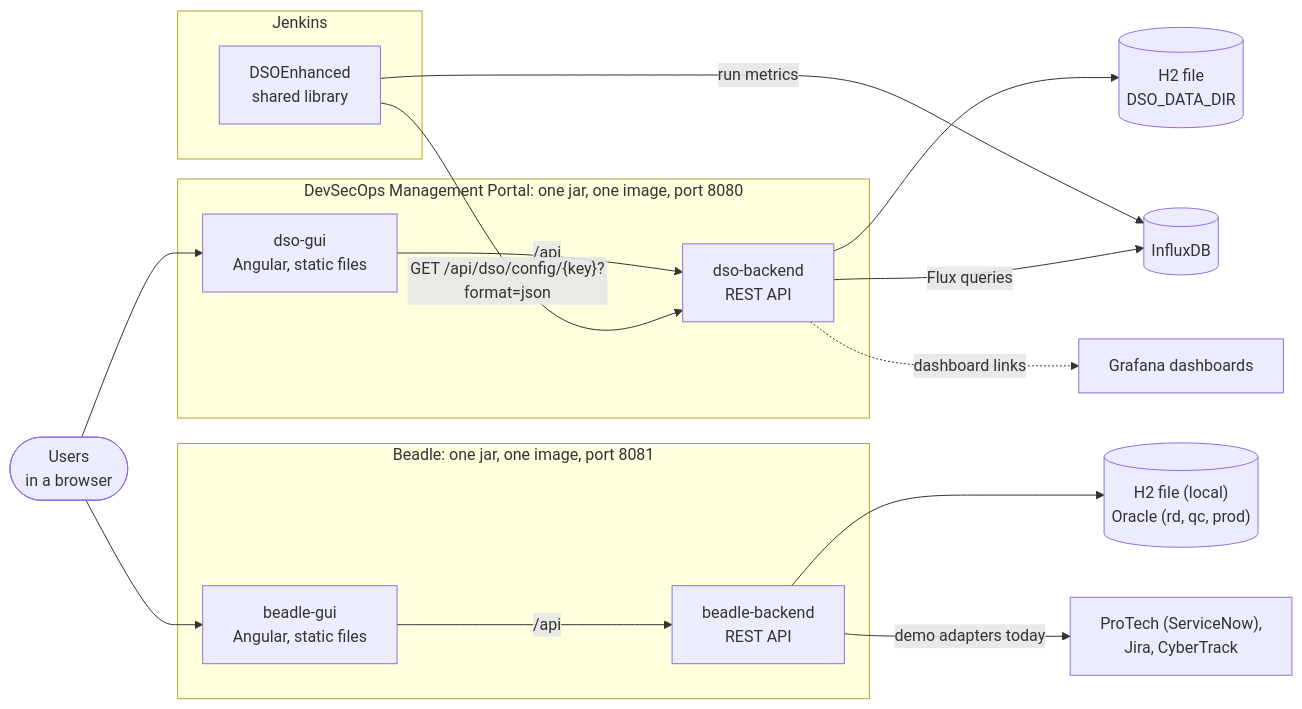
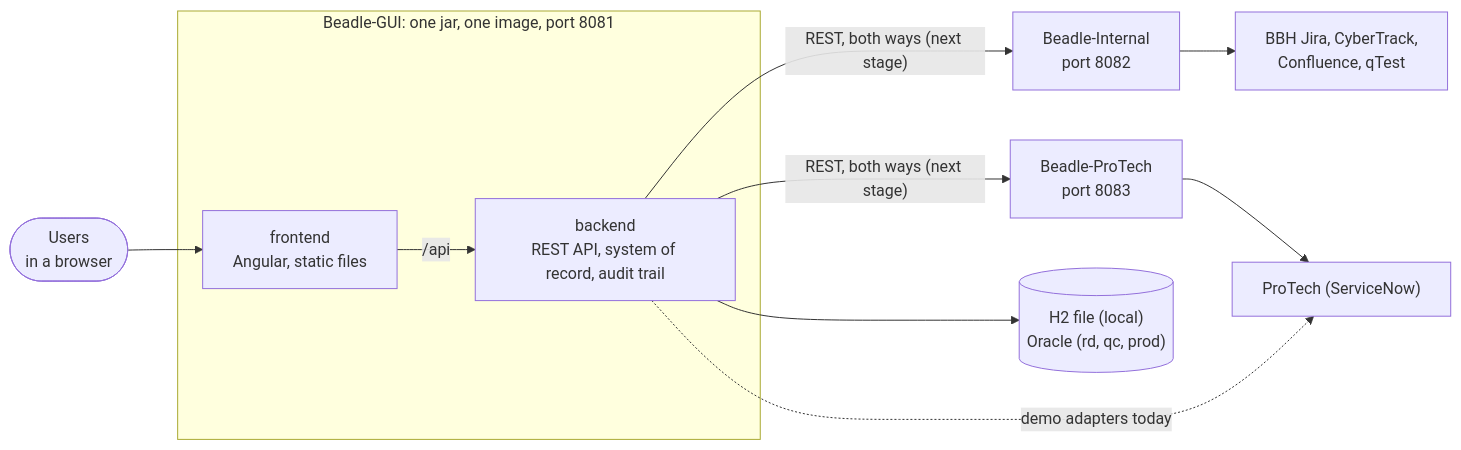
Before and after one commit to mateuszmatan/Beadle-GUI: the first of 3 diagrams in README.md, drawn with Mermaid. The commit also changed other lines of this file and 3 other files, not shown here.

First line of the commit message:
Rewrite the README for Beadle-GUI and fit the image and the editor files to the new layout

````diff
--- a/README.md
+++ b/README.md
@@ -847,31 +631,21 @@
 ```mermaid
 flowchart LR
     users(["Users<br/>in a browser"])
-    subgraph dso["DevSecOps Management Portal: one jar, one image, port 8080"]
-        dsogui["dso-gui<br/>Angular, static files"]
-        dsoapi["dso-backend<br/>REST API"]
-        dsogui -- "/api" --> dsoapi
+    subgraph gui["Beadle-GUI: one jar, one image, port 8081"]
+        frontend["frontend<br/>Angular, static files"]
+        backend["backend<br/>REST API, system of record, audit trail"]
+        frontend -- "/api" --> backend
     end
-    subgraph beadle["Beadle: one jar, one image, port 8081"]
-        beadlegui["beadle-gui<br/>Angular, static files"]
-        beadleapi["beadle-backend<br/>REST API"]
-        beadlegui -- "/api" --> beadleapi
-    end
-    subgraph jenkins["Jenkins"]
-        lib["DSOEnhanced<br/>shared library"]
-    end
-    dsodb[("H2 file<br/>DSO_DATA_DIR")]
-    beadledb[("H2 file (local)<br/>Oracle (rd, qc, prod)")]
-    influx[("InfluxDB")]
-    grafana["Grafana dashboards"]
-    protech["ProTech (ServiceNow),<br/>Jira, CyberTrack"]
-    users --> dsogui
-    users --> beadlegui
-    lib -- "GET /api/dso/config/{key}?format=json" --> dsoapi
-    lib -- "run metrics" --> influx
-    dsoapi --> dsodb
-    dsoapi -- "Flux queries" --> influx
-    dsoapi -. "dashboard links" .-> grafana
-    beadleapi --> beadledb
-    beadleapi -- "demo adapters today" --> protech
+    internal["Beadle-Internal<br/>port 8082"]
+    protechsvc["Beadle-ProTech<br/>port 8083"]
+    db[("H2 file (local)<br/>Oracle (rd, qc, prod)")]
+    systems["BBH Jira, CyberTrack,<br/>Confluence, qTest"]
+    protech["ProTech (ServiceNow)"]
+    users --> frontend
+    backend --> db
+    backend -- "REST, both ways (next stage)" --> internal
+    backend -- "REST, both ways (next stage)" --> protechsvc
+    internal --> systems
+    protechsvc --> protech
+    backend -. "demo adapters today" .-> protech
 ```
````
